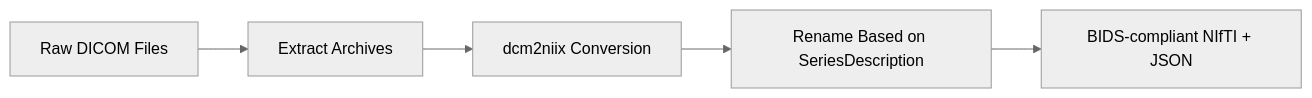
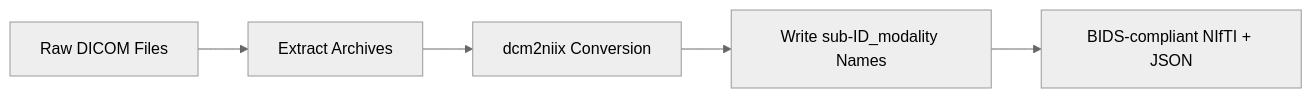
Before and after one commit to idossha/TI-Toolbox: the first of 2 diagrams in docs/wiki/pre-processing.md, drawn with Mermaid (neutral theme). The commit also changed other lines of this file and 23 other files, not shown here.

````diff
--- a/docs/wiki/pre-processing.md
+++ b/docs/wiki/pre-processing.md
@@ -69,7 +76,7 @@
 ```mermaid
 graph LR
     A[Raw DICOM Files] --> B[Extract Archives]
     B --> C[dcm2niix Conversion]
-    C --> D[Rename Based on SeriesDescription]
+    C --> D[Write sub-ID_modality Names]
     D --> E[BIDS-compliant NIfTI + JSON]
 ```
````
